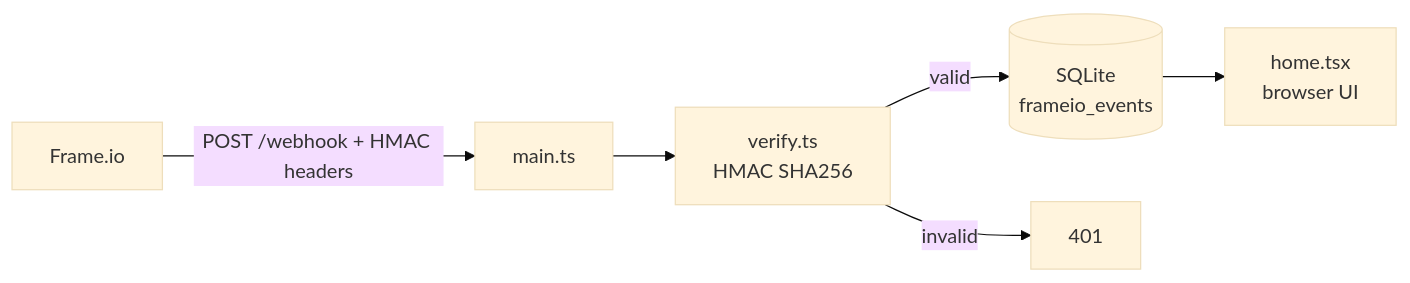
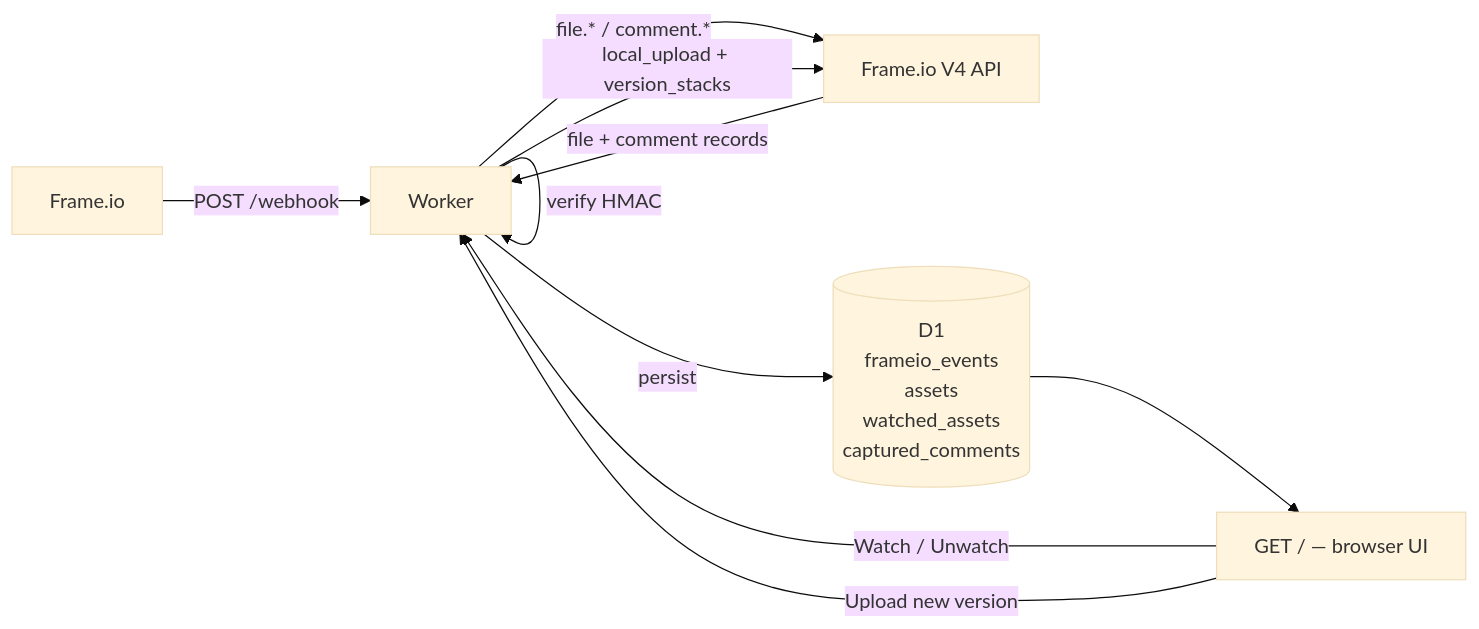
One commit to cpilsworth/frame2frame changed the diagram in README.md. Above: the diagram before and after it, drawn with Mermaid (base theme). The commit also changed other lines of this file, not shown here.

Commit message:
feat: Update README to reflect new asset watch functionality and API integration

````diff
--- a/README.md
+++ b/README.md
@@ -7,8 +9,12 @@
 ```mermaid
 flowchart LR
-  F[Frame.io] -->|POST /webhook + HMAC headers| V[main.ts]
-  V --> S[verify.ts<br/>HMAC SHA256]
-  S -->|valid| D[(SQLite<br/>frameio_events)]
-  S -->|invalid| X[401]
-  D --> H[home.tsx<br/>browser UI]
+  F[Frame.io] -->|POST /webhook| W[Worker]
+  W -->|verify HMAC| W
+  W -->|file.* / comment.*| API[Frame.io V4 API]
+  API -->|file + comment records| W
+  W -->|persist| D[(D1<br/>frameio_events<br/>assets<br/>watched_assets<br/>captured_comments)]
+  D --> UI[GET / — browser UI]
+  UI -->|Watch / Unwatch| W
+  UI -->|Upload new version| W
+  W -->|local_upload + version_stacks| API
 ```
````
